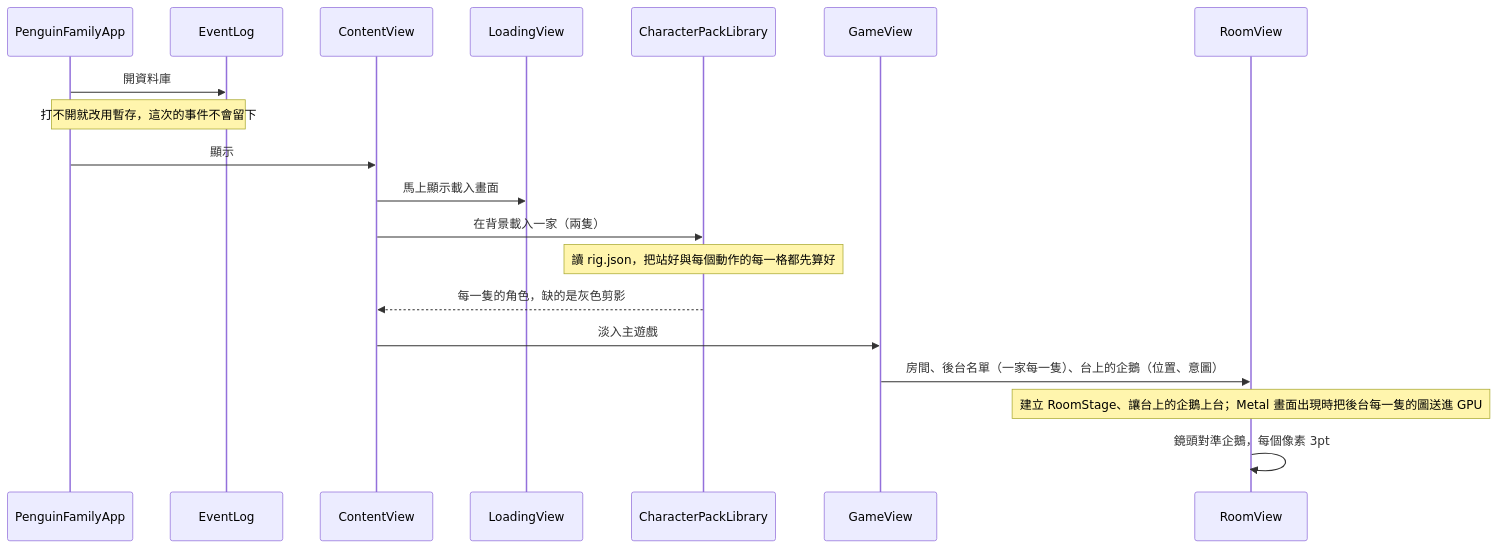
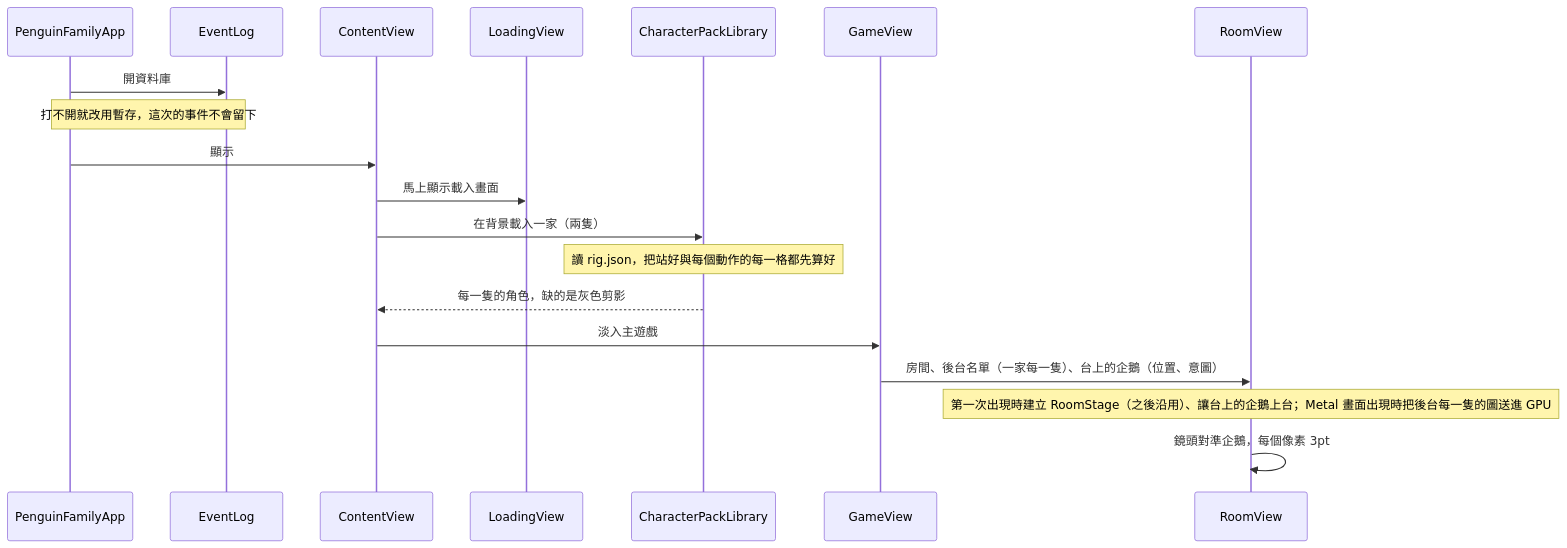
Before and after one commit to CBHeng/penguin-family: the second of 4 diagrams in docs/code-map.md, drawn with Mermaid. The commit also changed other lines of this file and 5 other files, not shown here.

````diff
--- a/docs/code-map.md
+++ b/docs/code-map.md
@@ -165,22 +165,22 @@
 ```mermaid
 sequenceDiagram
     participant App as PenguinFamilyApp
     participant Log as EventLog
     participant CV as ContentView
     participant LV as LoadingView
     participant Lib as CharacterPackLibrary
     participant GV as GameView
     participant RV as RoomView
 
     App->>Log: 開資料庫
     Note over App,Log: 打不開就改用暫存，這次的事件不會留下
     App->>CV: 顯示
     CV->>LV: 馬上顯示載入畫面
     CV->>Lib: 在背景載入一家（兩隻）
     Note over Lib: 讀 rig.json，把站好與每個動作的每一格都先算好
     Lib-->>CV: 每一隻的角色，缺的是灰色剪影
     CV->>GV: 淡入主遊戲
     GV->>RV: 房間、後台名單（一家每一隻）、台上的企鵝（位置、意圖）
-    Note over RV: 建立 RoomStage、讓台上的企鵝上台；Metal 畫面出現時把後台每一隻的圖送進 GPU
+    Note over RV: 第一次出現時建立 RoomStage（之後沿用）、讓台上的企鵝上台；Metal 畫面出現時把後台每一隻的圖送進 GPU
     RV->>RV: 鏡頭對準企鵝，每個像素 3pt
 ```
````
